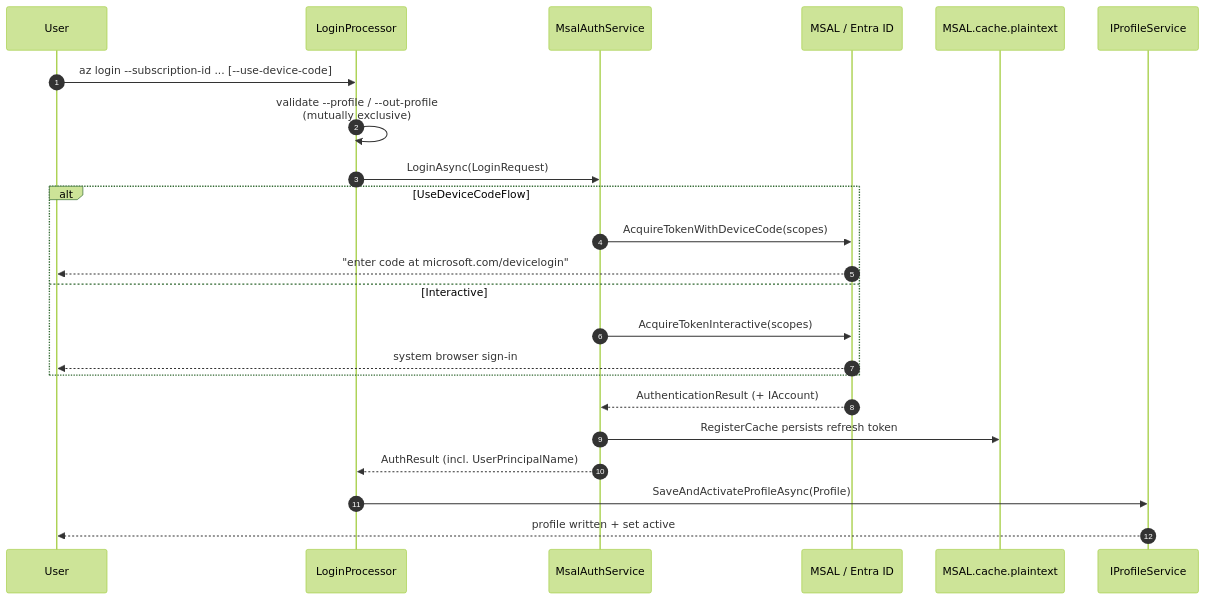
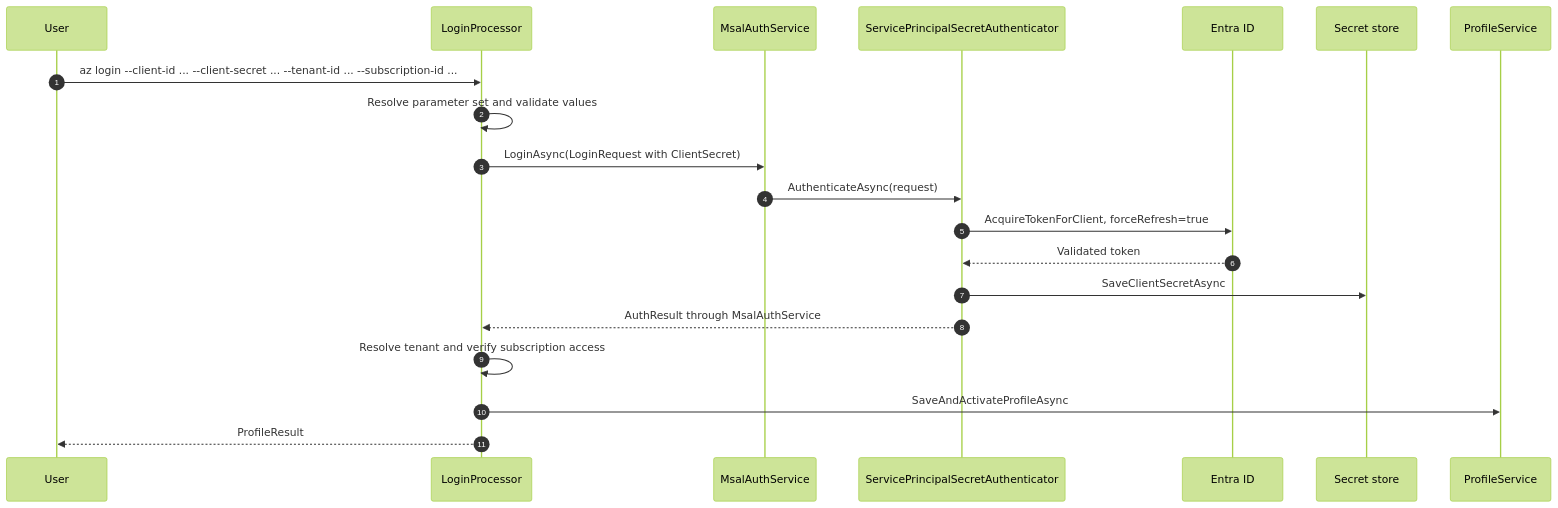
Before and after one commit to Azure/azclips: the second of 2 diagrams in wiki/02-deep-dive/authentication.md, drawn with Mermaid (forest theme). The commit also changed other lines of this file and 19 other files, not shown here.

````diff
--- a/wiki/02-deep-dive/authentication.md
+++ b/wiki/02-deep-dive/authentication.md
@@ -135,26 +98,22 @@
 ```mermaid
 sequenceDiagram
     autonumber
     participant User
-    participant LP as LoginProcessor
-    participant SVC as MsalAuthService
-    participant MSAL as MSAL / Entra ID
-    participant CACHE as MSAL.cache.plaintext
-    participant PS as IProfileService
-
-    User->>LP: az login --subscription-id ... [--use-device-code]
-    LP->>LP: validate --profile / --out-profile<br>(mutually exclusive)
-    LP->>SVC: LoginAsync(LoginRequest)
-    alt UseDeviceCodeFlow
-        SVC->>MSAL: AcquireTokenWithDeviceCode(scopes)
-        MSAL-->>User: "enter code at microsoft.com/devicelogin"
-    else Interactive
-        SVC->>MSAL: AcquireTokenInteractive(scopes)
-        MSAL-->>User: system browser sign-in
-    end
-    MSAL-->>SVC: AuthenticationResult (+ IAccount)
-    SVC->>CACHE: RegisterCache persists refresh token
-    SVC-->>LP: AuthResult (incl. UserPrincipalName)
-    LP->>PS: SaveAndActivateProfileAsync(Profile)
-    PS-->>User: profile written + set active
+    participant Login as LoginProcessor
+    participant Auth as MsalAuthService
+    participant SP as ServicePrincipalSecretAuthenticator
+    participant Entra as Entra ID
+    participant Store as Secret store
+    participant Profiles as ProfileService
+    User->>Login: az login --client-id ... --client-secret ... --tenant-id ... --subscription-id ...
+    Login->>Login: Resolve parameter set and validate values
+    Login->>Auth: LoginAsync(LoginRequest with ClientSecret)
+    Auth->>SP: AuthenticateAsync(request)
+    SP->>Entra: AcquireTokenForClient, forceRefresh=true
+    Entra-->>SP: Validated token
+    SP->>Store: SaveClientSecretAsync
+    SP-->>Login: AuthResult through MsalAuthService
+    Login->>Login: Resolve tenant and verify subscription access
+    Login->>Profiles: SaveAndActivateProfileAsync
+    Login-->>User: ProfileResult
 ```
````
